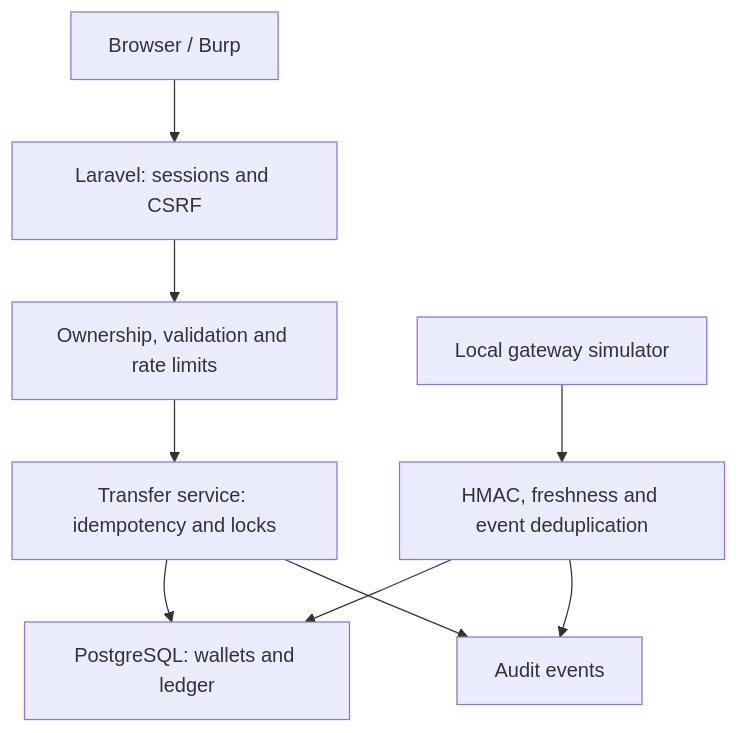
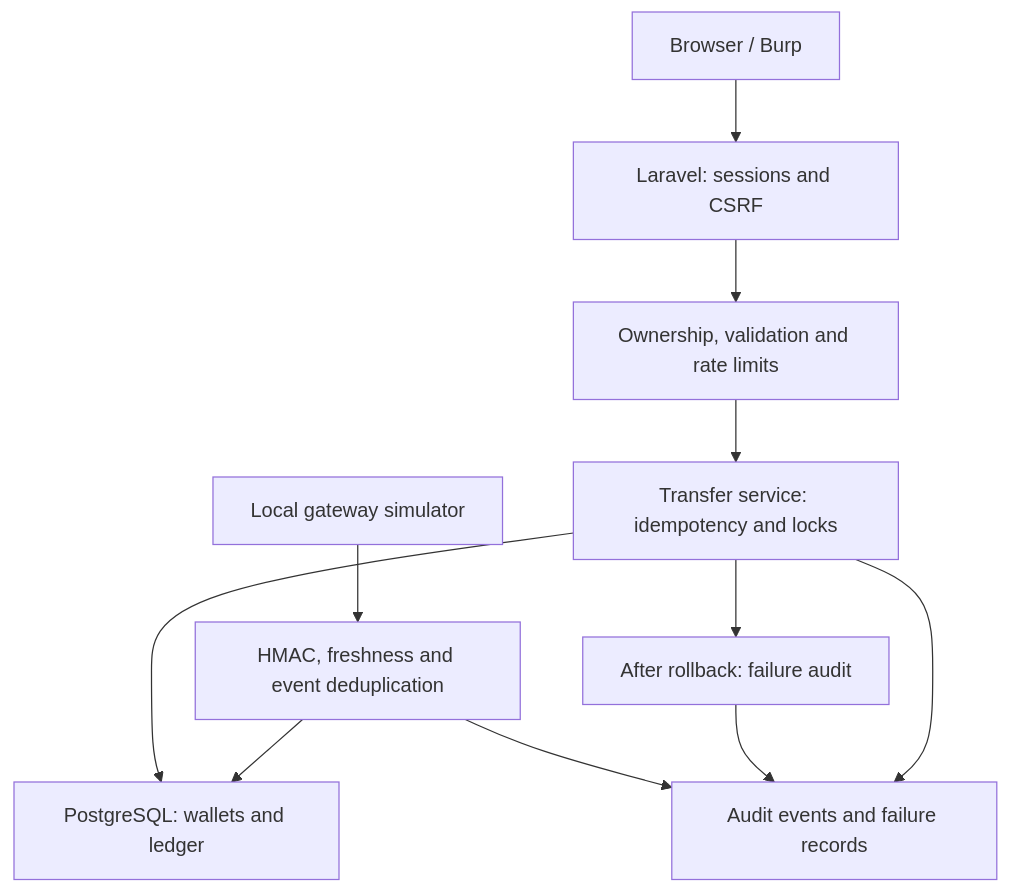
One commit to Iqra2030/secure-fintech-wallet changed the diagram in docs/SECURITY_REPORT.md. Above: the diagram before and after it, drawn with Mermaid. The commit also changed other lines of this file and 17 other files, not shown here.

````diff
--- a/docs/SECURITY_REPORT.md
+++ b/docs/SECURITY_REPORT.md
@@ -7,11 +7,13 @@
 ```mermaid
 flowchart TD
  B["Browser / Burp"] --> A["Laravel: sessions and CSRF"]
  A --> P["Ownership, validation and rate limits"]
  P --> T["Transfer service: idempotency and locks"]
  G["Local gateway simulator"] --> H["HMAC, freshness and event deduplication"]
  H --> D["PostgreSQL: wallets and ledger"]
  T --> D
- T --> L["Audit events"]
+ T --> L["Audit events and failure records"]
+ T --> F["After rollback: failure audit"]
+ F --> L
  H --> L
 ```
````
